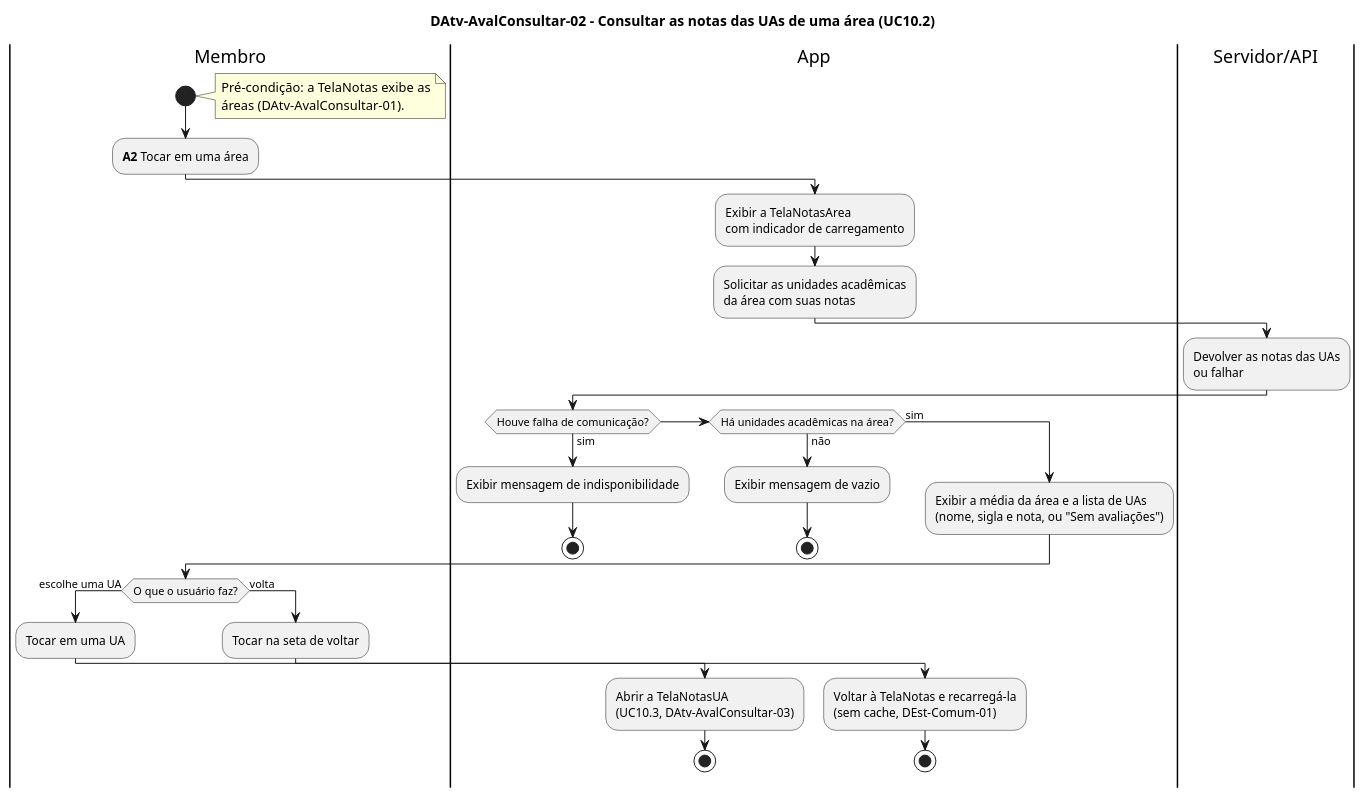
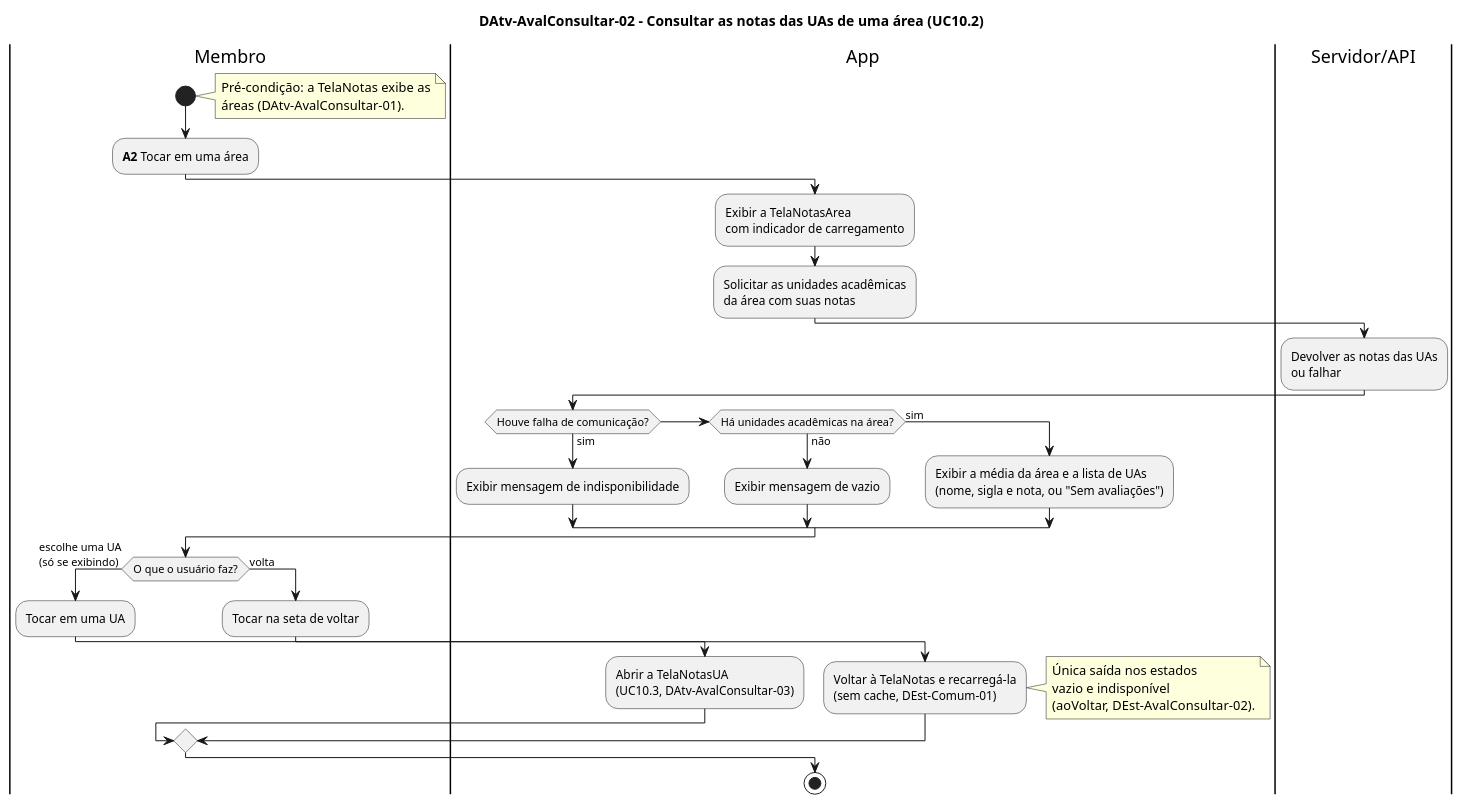
One commit to joseduardogon/Minha_UFG_Grupo_Cinza changed the diagram in AvalConsultar/DAtv-AvalConsultar-02.puml. Above: the diagram before and after it, drawn with PlantUML. The commit also changed 11 other files, not shown here.

```diff
--- a/AvalConsultar/DAtv-AvalConsultar-02.puml
+++ b/AvalConsultar/DAtv-AvalConsultar-02.puml
@@ -1,39 +1,41 @@
 @startuml DAtv-AvalConsultar-02
 title DAtv-AvalConsultar-02 – Consultar as notas das UAs de uma área (UC10.2)
 
 |Membro|
 start
 note right
   Pré-condição: a TelaNotas exibe as
   áreas (DAtv-AvalConsultar-01).
 end note
 :**A2** Tocar em uma área;
 |App|
 :Exibir a TelaNotasArea\ncom indicador de carregamento;
 :Solicitar as unidades acadêmicas\nda área com suas notas;
 |Servidor/API|
 :Devolver as notas das UAs\nou falhar;
 |App|
 if (Houve falha de comunicação?) then (sim)
   :Exibir mensagem de indisponibilidade;
-  stop
 elseif (Há unidades acadêmicas na área?) then (não)
   :Exibir mensagem de vazio;
-  stop
 else (sim)
   :Exibir a média da área e a lista de UAs\n(nome, sigla e nota, ou "Sem avaliações");
 endif
 |Membro|
-if (O que o usuário faz?) then (escolhe uma UA)
+if (O que o usuário faz?) then (escolhe uma UA\n(só se exibindo))
   :Tocar em uma UA;
   |App|
   :Abrir a TelaNotasUA\n(UC10.3, DAtv-AvalConsultar-03);
-  stop
 else (volta)
   |Membro|
   :Tocar na seta de voltar;
   |App|
   :Voltar à TelaNotas e recarregá-la\n(sem cache, DEst-Comum-01);
-  stop
+  note right
+    Única saída nos estados
+    vazio e indisponível
+    (aoVoltar, DEst-AvalConsultar-02).
+  end note
 endif
+stop
 @enduml
```
